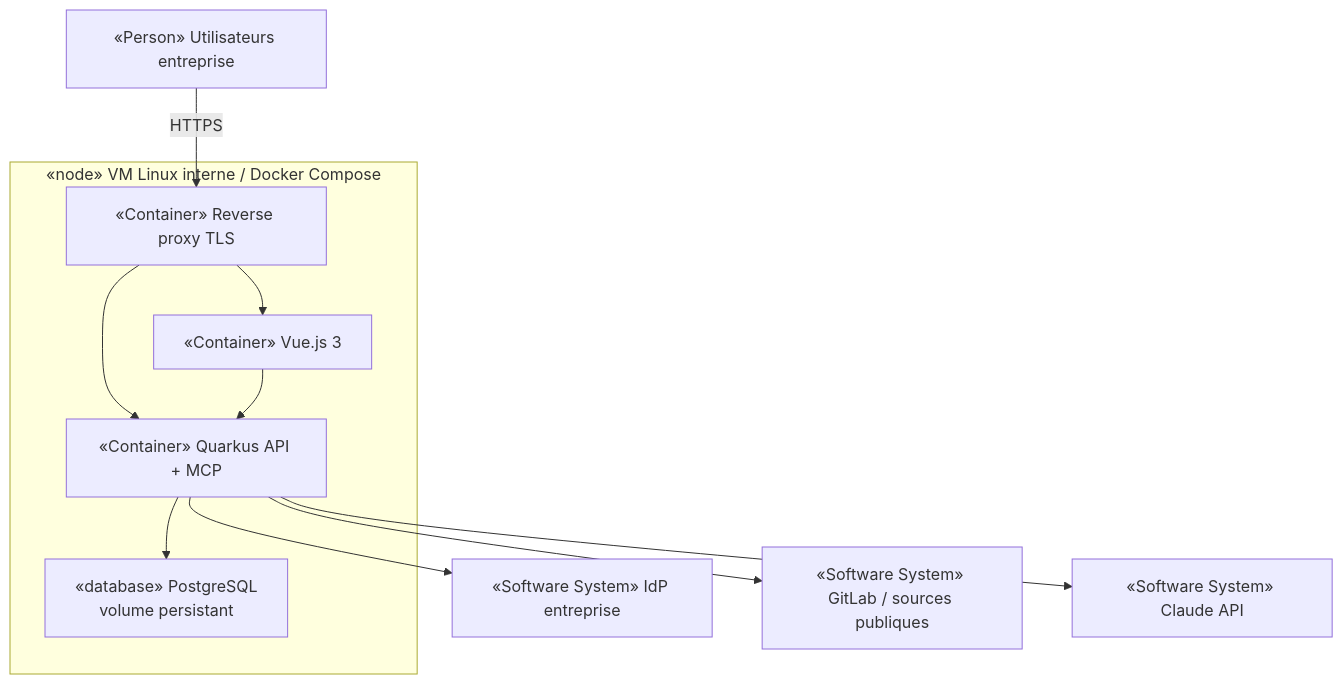
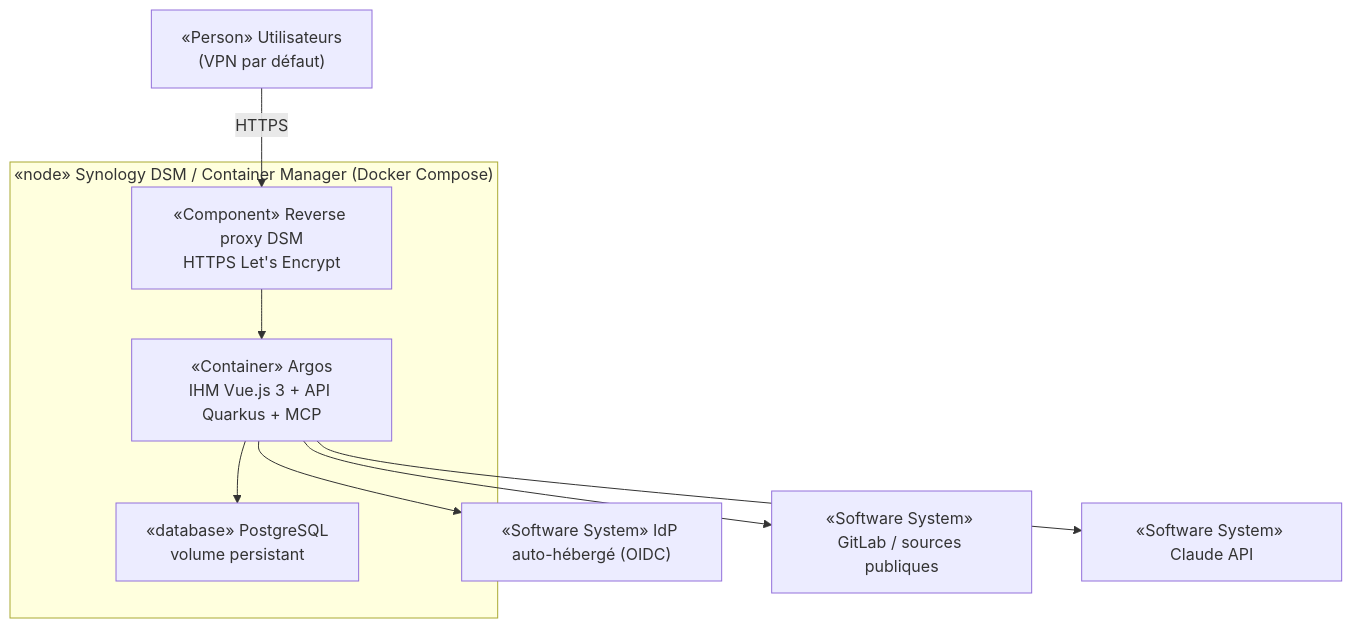
One commit to FTurleque/argos-tech-platform changed the second of 2 diagrams in docs/architecture/arc42/07-vue-deploiement.md. Above: the diagram before and after it, drawn with Mermaid. The commit also changed other lines of this file and 64 other files, not shown here.

````diff
--- a/docs/architecture/arc42/07-vue-deploiement.md
+++ b/docs/architecture/arc42/07-vue-deploiement.md
@@ -40,22 +43,19 @@
 ```mermaid
 flowchart TB
-    USER["«Person» Utilisateurs entreprise"]
-    subgraph VM["«node» VM Linux interne / Docker Compose"]
-        RP["«Container» Reverse proxy TLS"]
-        WEB["«Container» Vue.js 3"]
-        BACK["«Container» Quarkus API + MCP"]
+    USER["«Person» Utilisateurs\n(VPN par défaut)"]
+    subgraph VM["«node» Synology DSM / Container Manager (Docker Compose)"]
+        RP["«Component» Reverse proxy DSM\nHTTPS Let's Encrypt"]
+        BACK["«Container» Argos\nIHM Vue.js 3 + API Quarkus + MCP"]
         DB["«database» PostgreSQL\nvolume persistant"]
     end
-    IDP["«Software System» IdP entreprise"]
+    IDP["«Software System» IdP auto-hébergé (OIDC)"]
     EXT["«Software System» GitLab / sources publiques"]
     AI["«Software System» Claude API"]
 
     USER -->|HTTPS| RP
-    RP --> WEB
     RP --> BACK
-    WEB --> BACK
     BACK --> DB
     BACK --> EXT
     BACK --> AI
     BACK --> IDP
 ```
````
